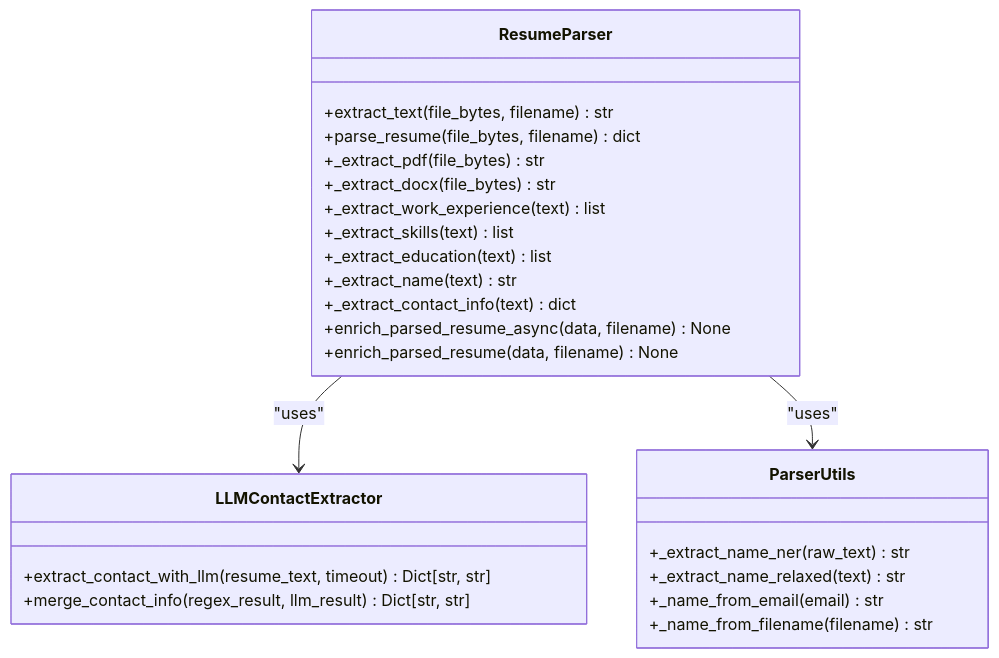
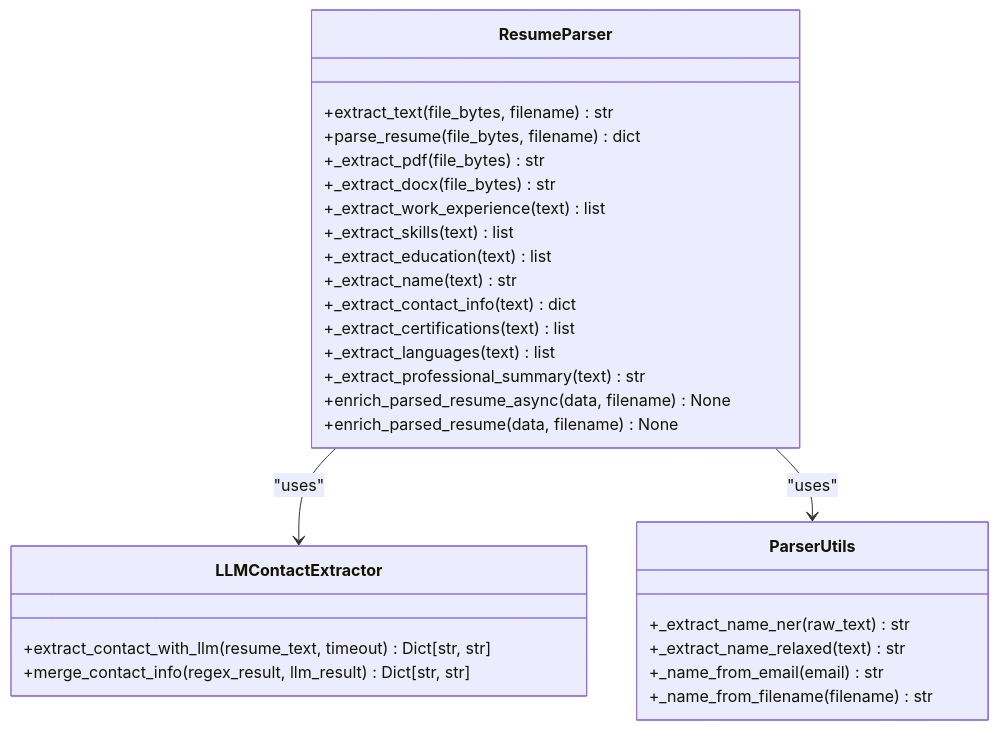
One commit to Revanththetalogics/aireume changed the sixth of 12 diagrams in .qoder/repowiki/en/content/Candidate Management/Resume Parsing and Extraction.md. Above: the diagram before and after it, drawn with Mermaid. The commit also changed other lines of this file and 41 other files, not shown here.

````diff
--- a/.qoder/repowiki/en/content/Candidate Management/Resume Parsing and Extraction.md
+++ b/.qoder/repowiki/en/content/Candidate Management/Resume Parsing and Extraction.md
@@ -241,28 +354,31 @@
 ```mermaid
 classDiagram
 class ResumeParser {
 +extract_text(file_bytes, filename) str
 +parse_resume(file_bytes, filename) dict
 +_extract_pdf(file_bytes) str
 +_extract_docx(file_bytes) str
 +_extract_work_experience(text) list
 +_extract_skills(text) list
 +_extract_education(text) list
 +_extract_name(text) str
 +_extract_contact_info(text) dict
++_extract_certifications(text) list
++_extract_languages(text) list
++_extract_professional_summary(text) str
 +enrich_parsed_resume_async(data, filename) None
 +enrich_parsed_resume(data, filename) None
 }
 class LLMContactExtractor {
 +extract_contact_with_llm(resume_text, timeout) Dict[str, str]
 +merge_contact_info(regex_result, llm_result) Dict[str, str]
 }
 class ParserUtils {
 +_extract_name_ner(raw_text) str
 +_extract_name_relaxed(text) str
 +_name_from_email(email) str
 +_name_from_filename(filename) str
 }
 ResumeParser --> LLMContactExtractor : "uses"
 ResumeParser --> ParserUtils : "uses"
 ```
````
